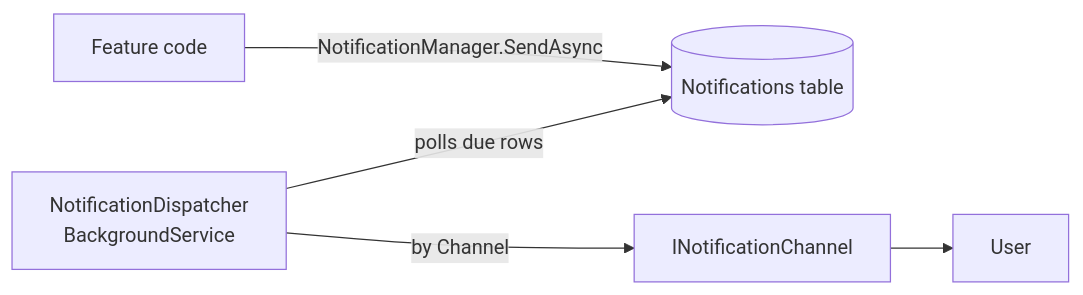
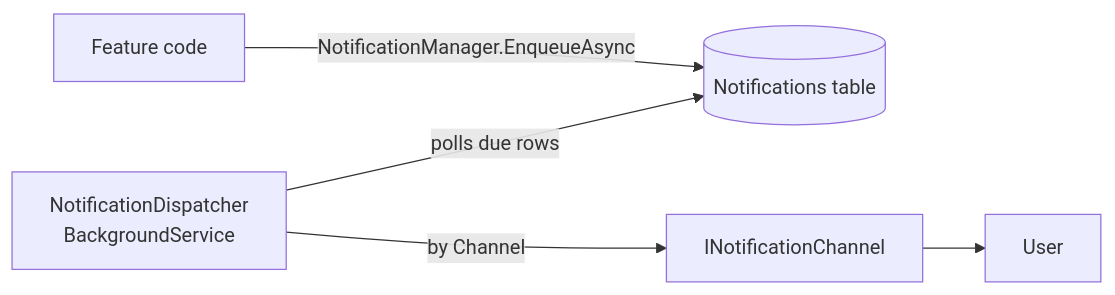
Before and after one commit to NotThaDev/KeepItSimple: the diagram in backend/docs/Notifications.md, drawn with Mermaid. The commit also changed other lines of this file and 21 other files, not shown here.

````diff
--- a/backend/docs/Notifications.md
+++ b/backend/docs/Notifications.md
@@ -6,7 +6,7 @@
 ```mermaid
 flowchart LR
-  Feature[Feature code] -->|NotificationManager.SendAsync| Table[(Notifications table)]
+  Feature[Feature code] -->|NotificationManager.EnqueueAsync| Table[(Notifications table)]
   Dispatcher[NotificationDispatcher<br/>BackgroundService] -->|polls due rows| Table
   Dispatcher -->|by Channel| Channel[INotificationChannel]
   Channel --> User[User]
 ```
````
